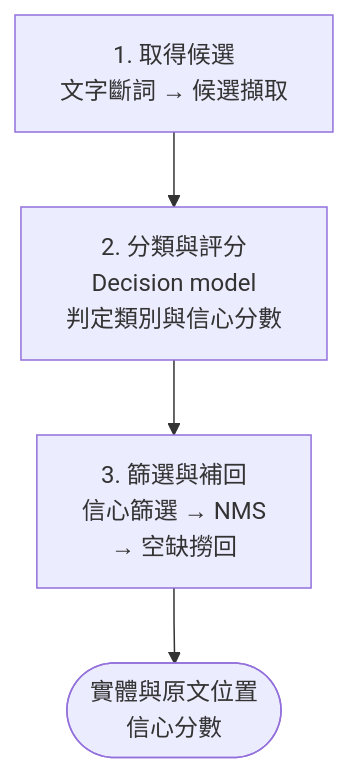
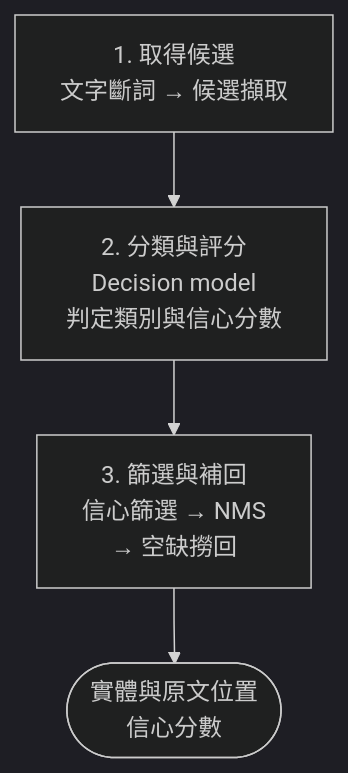
The diagram in README.zh-TW.md (Gratia2533/decision-entity-extractor), drawn with Mermaid before and after one commit. The commit also changed 1 other file, not shown here.

Commit message:
docs(readme): use dark Mermaid diagrams

````diff
--- a/README.zh-TW.md
+++ b/README.zh-TW.md
@@ -79,9 +79,13 @@
 ```mermaid
+---
+config:
+  theme: dark
+---
 flowchart TB
     candidates["1. 取得候選<br/>文字斷詞 → 候選擷取"]
     decision["2. 分類與評分<br/>Decision model<br/>判定類別與信心分數"]
     selection["3. 篩選與補回<br/>信心篩選 → NMS<br/>→ 空缺撈回"]
     result(["實體與原文位置<br/>信心分數"])
 
     candidates --> decision --> selection --> result
 ```
````
